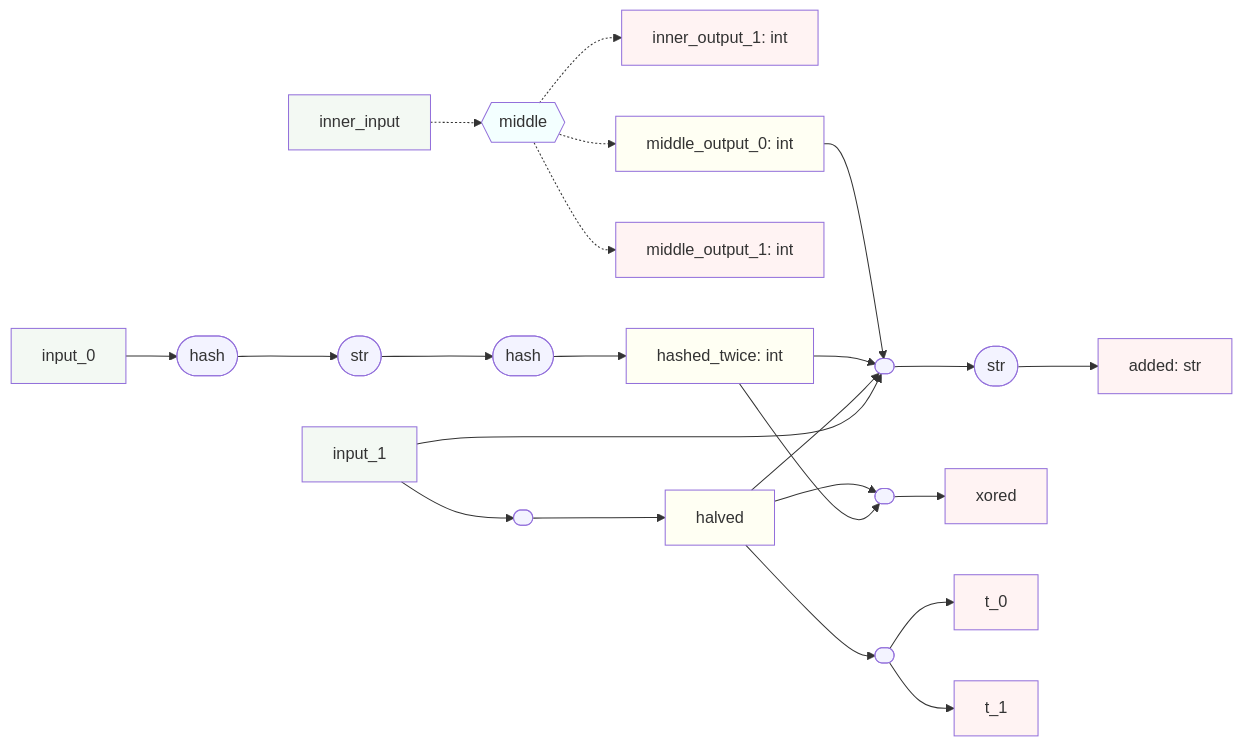
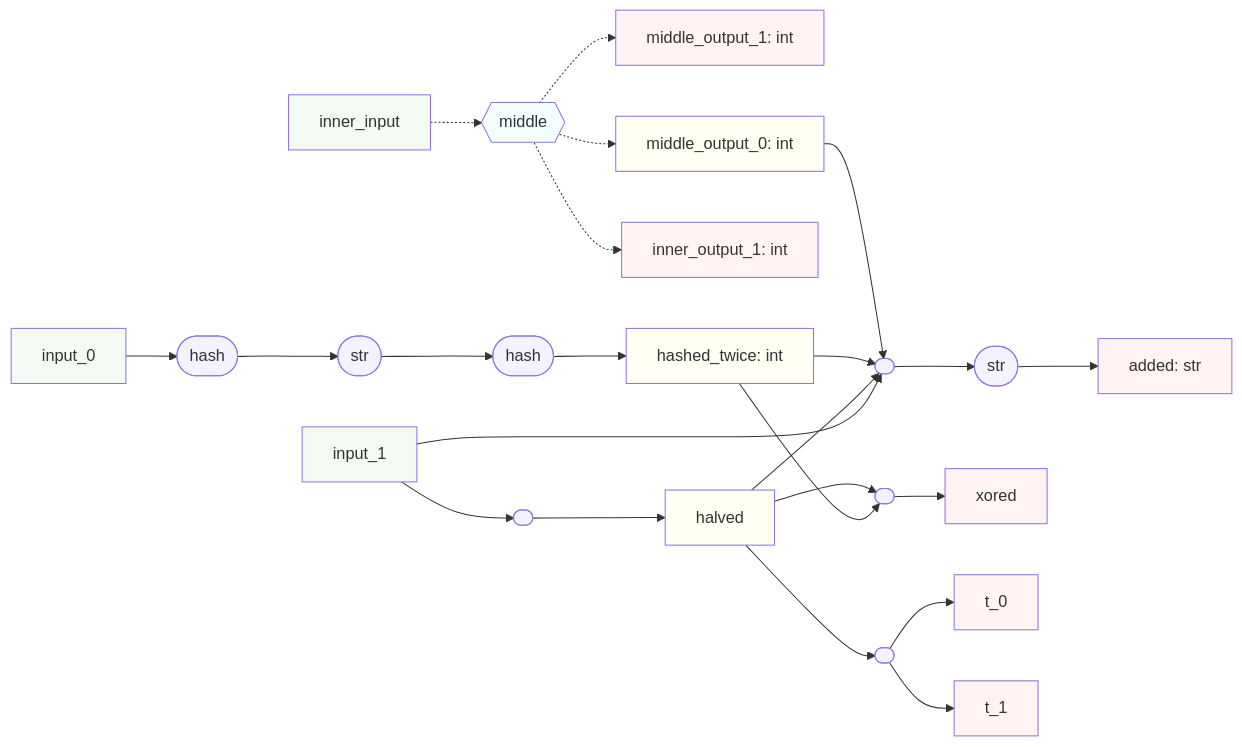
One commit to rharris115/callable-graph changed the third of 3 diagrams in CallableGraph.MD. Above: the diagram before and after it, drawn with Mermaid. The commit also changed other lines of this file and 5 other files, not shown here.

````diff
--- a/CallableGraph.MD
+++ b/CallableGraph.MD
@@ -55,37 +55,37 @@
 ```mermaid
 graph LR
 
   %% Subgraph Edges
   dn_inner_input["inner_input"]:::ks -.-> sg_middle{{"middle"}}:::ss
+  sg_middle -.-> dn_middle_output_1["middle_output_1: int"]:::ts
+  sg_middle -.-> dn_middle_output_0["middle_output_0: int"]:::is
   sg_middle -.-> dn_inner_output_1["inner_output_1: int"]:::ts
-  sg_middle -.-> dn_middle_output_0["middle_output_0: int"]:::is
-  sg_middle -.-> dn_middle_output_1["middle_output_1: int"]:::ts
 
   %% Top Level Edges
   dn_input_0["input_0"]:::ks --> f_4_0(["hash"]):::fs
   f_4_0 --> f_4_1(["str"]):::fs
   f_4_1 --> f_4_2(["hash"]):::fs
   f_4_2 --> dn_hashed_twice["hashed_twice: int"]:::is
   dn_input_1["input_1"]:::ks --> f_5_0(["<lambda>"]):::fs
   f_5_0 --> dn_halved["halved"]:::is
   dn_middle_output_0 --> f_6_0(["<lambda>"]):::fs
   dn_hashed_twice --> f_6_0
   dn_halved --> f_6_0
   dn_input_1 --> f_6_0
   f_6_0 --> f_6_1(["str"]):::fs
   f_6_1 --> dn_added["added: str"]:::ts
   dn_halved --> f_7_0(["<lambda>"]):::fs
   dn_hashed_twice --> f_7_0
   f_7_0 --> dn_xored["xored"]:::ts
   dn_halved --> f_8_0(["<lambda>"]):::fs
   f_8_0 --> dn_t_0["t_0"]:::ts
   f_8_0 --> dn_t_1["t_1"]:::ts
 
   %% Styling
   classDef ks fill:#0080000c;
   classDef is fill:#ffff000c;
   classDef ts fill:#ff00000c;
   classDef ss fill:#00ffff0c;
   classDef fs fill:#0000ff0c;
   classDef rs fill:#ff00007f;
 ```
````
